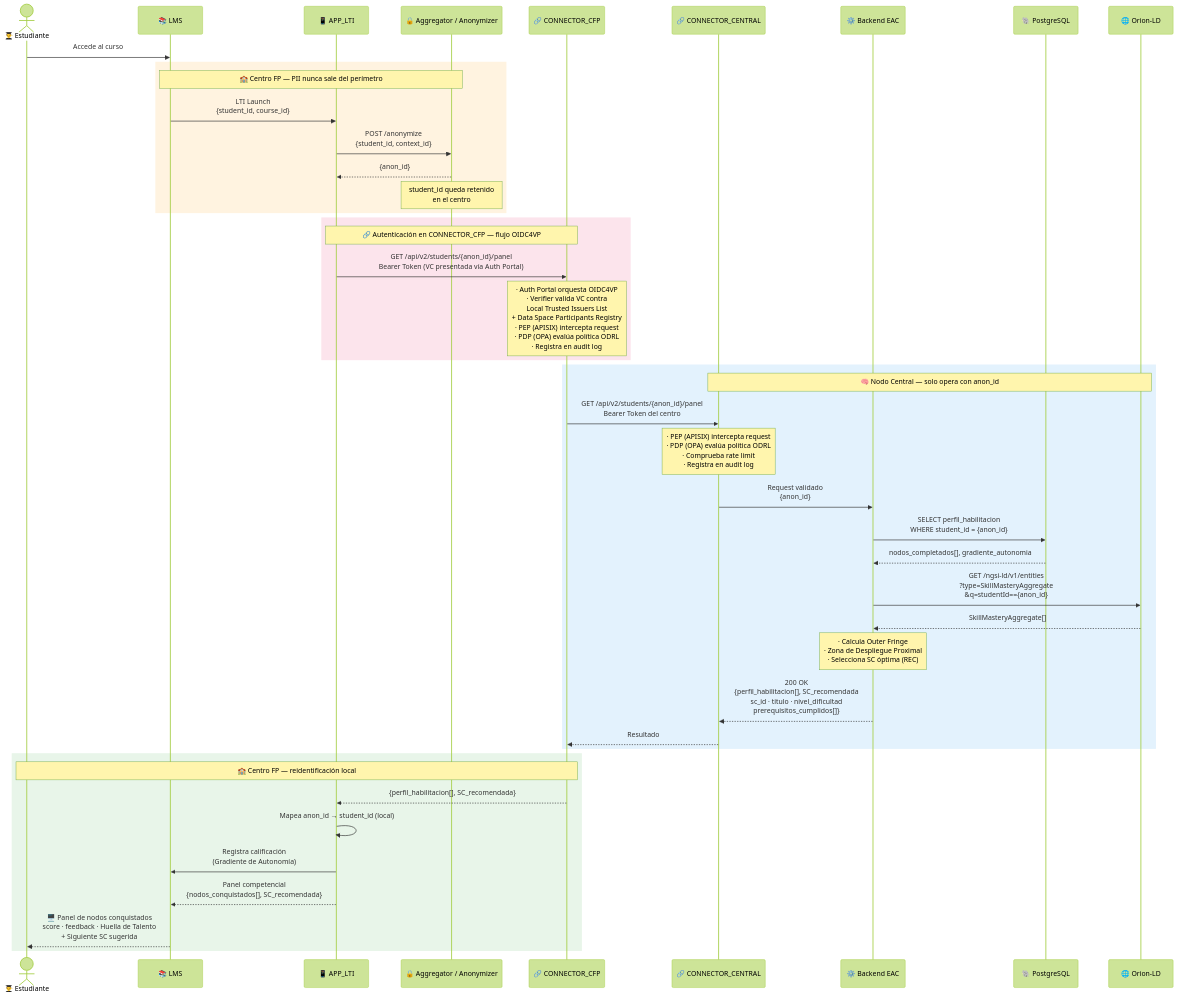
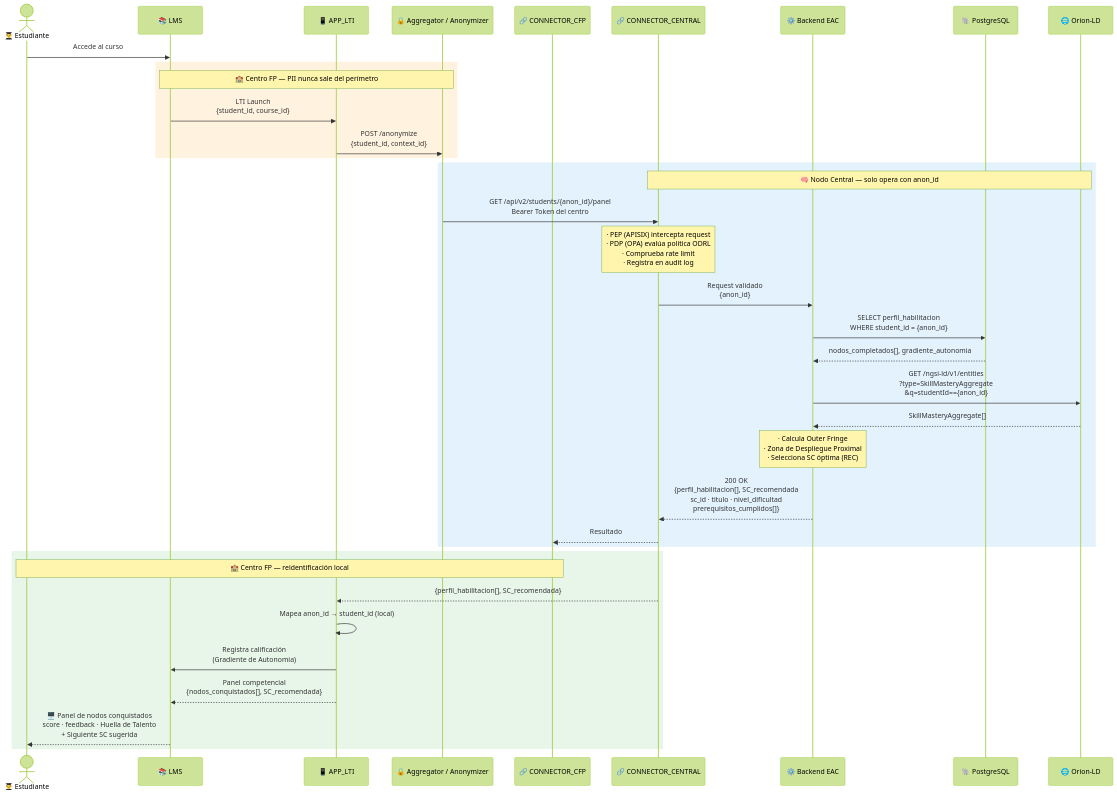
Before and after one commit to C3-VFDS/use_case_pkst: the first of 3 diagrams in 054-diagramas-secuencias.md, drawn with Mermaid (forest theme). The commit also changed other lines of this file, not shown here.

Commit message:
Los datos de la app LTI no atraviesan el conector del centro

````diff
--- a/054-diagramas-secuencias.md
+++ b/054-diagramas-secuencias.md
@@ -5,59 +5,50 @@
 ```mermaid
 sequenceDiagram
     actor STUDENT as 👨‍🎓 Estudiante
     participant LMS as 📚 LMS
     participant APP_LTI as 📱 APP_LTI
     participant ANON as 🔒 Aggregator / Anonymizer
     participant CONNECTOR_CFP as 🔗 CONNECTOR_CFP
     participant CONNECTOR_CENTRAL as 🔗 CONNECTOR_CENTRAL
     participant EAC as ⚙️ Backend EAC
     participant POSTGRES_C as 🐘 PostgreSQL
     participant ORIONLD as 🌐 Orion-LD
 
     STUDENT->>LMS: Accede al curso
 
     rect rgb(255, 243, 224)
         Note over LMS,ANON: 🏫 Centro FP — PII nunca sale del perímetro
 
         LMS->>APP_LTI: LTI Launch<br/>{student_id, course_id}
         APP_LTI->>ANON: POST /anonymize<br/>{student_id, context_id}
-        ANON-->>APP_LTI: {anon_id}
-        Note over ANON: student_id queda retenido<br/>en el centro
-    end
-
-    rect rgb(252, 228, 236)
-        Note over APP_LTI,CONNECTOR_CFP: 🔗 Autenticación en CONNECTOR_CFP — flujo OIDC4VP
-
-        APP_LTI->>CONNECTOR_CFP: GET /api/v2/students/{anon_id}/panel<br/>Bearer Token (VC presentada vía Auth Portal)
-        Note over CONNECTOR_CFP: · Auth Portal orquesta OIDC4VP<br/>· Verifier valida VC contra<br/>  Local Trusted Issuers List<br/>  + Data Space Participants Registry<br/>· PEP (APISIX) intercepta request<br/>· PDP (OPA) evalúa política ODRL<br/>· Registra en audit log
     end
 
     rect rgb(227, 242, 253)
         Note over CONNECTOR_CENTRAL,ORIONLD: 🧠 Nodo Central — solo opera con anon_id
 
-        CONNECTOR_CFP->>CONNECTOR_CENTRAL: GET /api/v2/students/{anon_id}/panel<br/>Bearer Token del centro
+        ANON->>CONNECTOR_CENTRAL: GET /api/v2/students/{anon_id}/panel<br/>Bearer Token del centro
         Note over CONNECTOR_CENTRAL: · PEP (APISIX) intercepta request<br/>· PDP (OPA) evalúa política ODRL<br/>· Comprueba rate limit<br/>· Registra en audit log
         CONNECTOR_CENTRAL->>EAC: Request validado<br/>{anon_id}
 
         EAC->>POSTGRES_C: SELECT perfil_habilitacion<br/>WHERE student_id = {anon_id}
         POSTGRES_C-->>EAC: nodos_completados[], gradiente_autonomia
 
         EAC->>ORIONLD: GET /ngsi-ld/v1/entities<br/>?type=SkillMasteryAggregate<br/>&q=studentId=={anon_id}
         ORIONLD-->>EAC: SkillMasteryAggregate[]
 
         Note over EAC: · Calcula Outer Fringe<br/>· Zona de Despliegue Proximal<br/>· Selecciona SC óptima (REC)
 
         EAC-->>CONNECTOR_CENTRAL: 200 OK<br/>{perfil_habilitacion[], SC_recomendada<br/>sc_id · titulo · nivel_dificultad<br/>prerequisitos_cumplidos[]}
         CONNECTOR_CENTRAL-->>CONNECTOR_CFP: Resultado
     end
 
     rect rgb(232, 245, 233)
         Note over CONNECTOR_CFP,STUDENT: 🏫 Centro FP — reidentificación local
 
-        CONNECTOR_CFP-->>APP_LTI: {perfil_habilitacion[], SC_recomendada}
+        CONNECTOR_CENTRAL-->>APP_LTI: {perfil_habilitacion[], SC_recomendada}
         APP_LTI->>APP_LTI: Mapea anon_id → student_id (local)
         APP_LTI->>LMS: Registra calificación<br/>(Gradiente de Autonomía)
         APP_LTI-->>LMS: Panel competencial<br/>{nodos_conquistados[], SC_recomendada}
         LMS-->>STUDENT: 🖥️ Panel de nodos conquistados<br/>score · feedback · Huella de Talento<br/>+ Siguiente SC sugerida
     end
 ```
````
